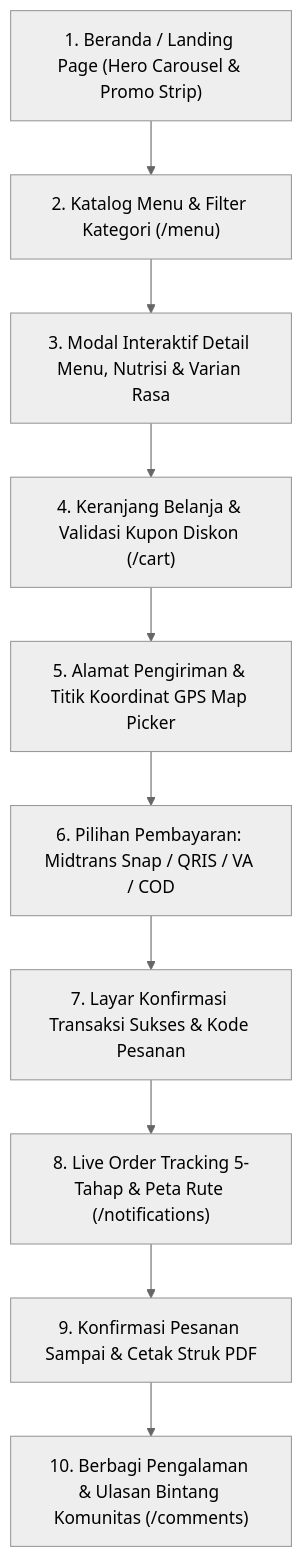
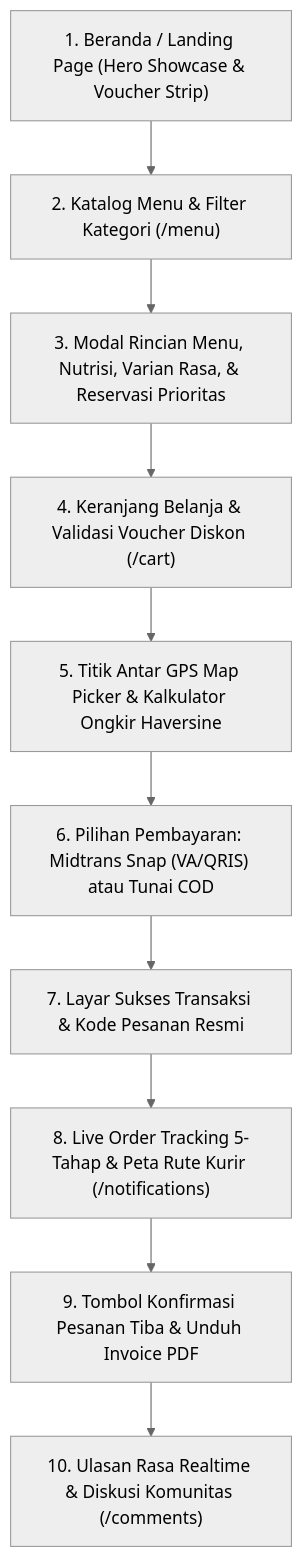
One commit to fatihahmadzakky19/Nefakky3 changed the diagram in nefakky3/docs/DESIGN_USER.md. Above: the diagram before and after it, drawn with Mermaid (neutral theme). The commit also changed other lines of this file and 75 other files, not shown here.

````diff
--- a/nefakky3/docs/DESIGN_USER.md
+++ b/nefakky3/docs/DESIGN_USER.md
@@ -13,12 +13,12 @@
 ```mermaid
 graph TD
-    A["1. Beranda / Landing Page (Hero Carousel & Promo Strip)"] --> B["2. Katalog Menu & Filter Kategori (/menu)"]
-    B --> C["3. Modal Interaktif Detail Menu, Nutrisi & Varian Rasa"]
-    C --> D["4. Keranjang Belanja & Validasi Kupon Diskon (/cart)"]
-    D --> E["5. Alamat Pengiriman & Titik Koordinat GPS Map Picker"]
-    E --> F["6. Pilihan Pembayaran: Midtrans Snap / QRIS / VA / COD"]
-    F --> G["7. Layar Konfirmasi Transaksi Sukses & Kode Pesanan"]
-    G --> H["8. Live Order Tracking 5-Tahap & Peta Rute (/notifications)"]
-    H --> I["9. Konfirmasi Pesanan Sampai & Cetak Struk PDF"]
-    I --> J["10. Berbagi Pengalaman & Ulasan Bintang Komunitas (/comments)"]
+    A["1. Beranda / Landing Page (Hero Showcase & Voucher Strip)"] --> B["2. Katalog Menu & Filter Kategori (/menu)"]
+    B --> C["3. Modal Rincian Menu, Nutrisi, Varian Rasa, & Reservasi Prioritas"]
+    C --> D["4. Keranjang Belanja & Validasi Voucher Diskon (/cart)"]
+    D --> E["5. Titik Antar GPS Map Picker & Kalkulator Ongkir Haversine"]
+    E --> F["6. Pilihan Pembayaran: Midtrans Snap (VA/QRIS) atau Tunai COD"]
+    F --> G["7. Layar Sukses Transaksi & Kode Pesanan Resmi"]
+    G --> H["8. Live Order Tracking 5-Tahap & Peta Rute Kurir (/notifications)"]
+    H --> I["9. Tombol Konfirmasi Pesanan Tiba & Unduh Invoice PDF"]
+    I --> J["10. Ulasan Rasa Realtime & Diskusi Komunitas (/comments)"]
 ```
````
